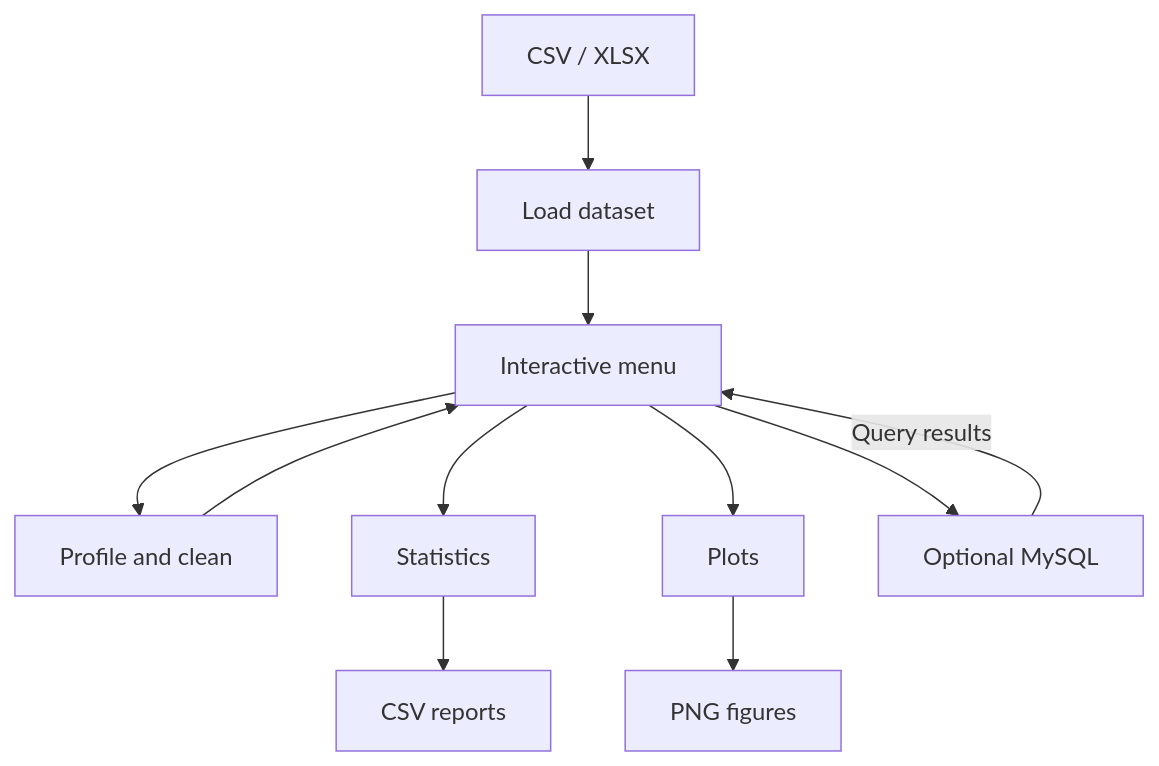
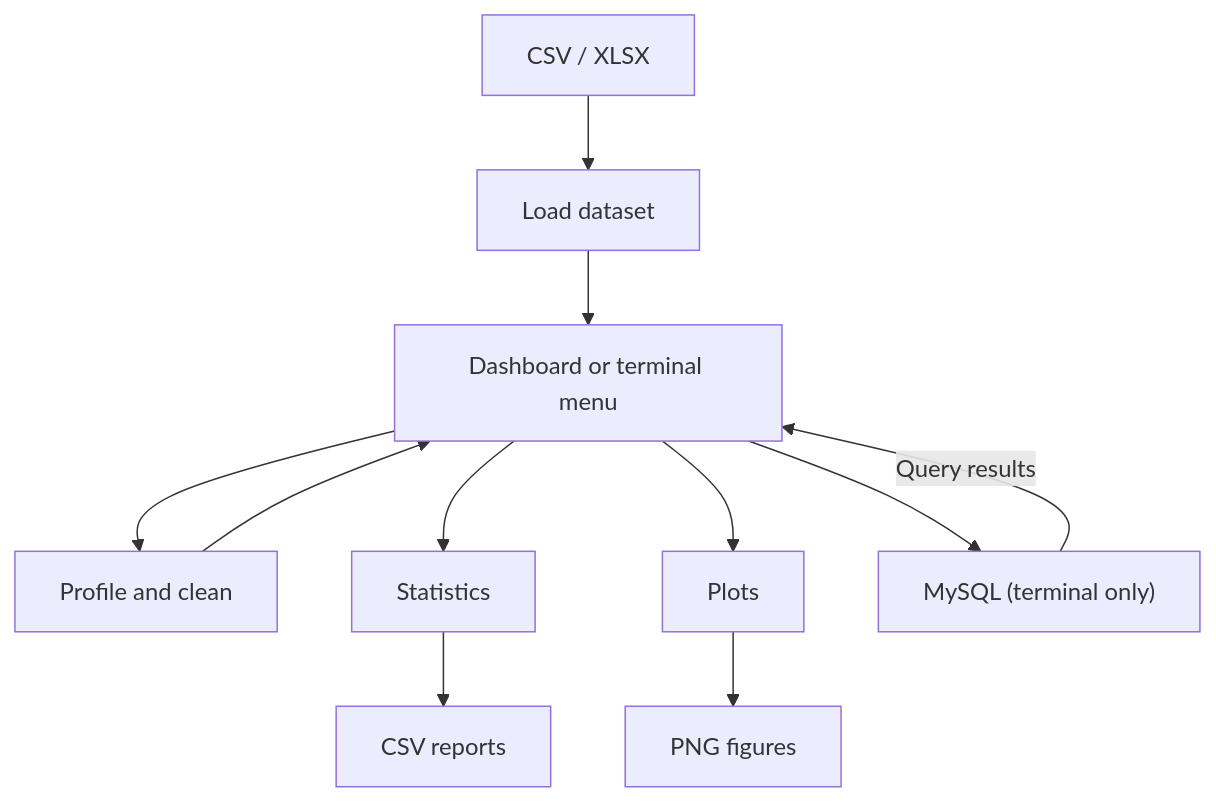
Before and after one commit to dylanf32/Datacat: the diagram in README.md, drawn with Mermaid. The commit also changed other lines of this file and 11 other files, not shown here.

````diff
--- a/README.md
+++ b/README.md
@@ -13,13 +13,13 @@
 ```mermaid
 flowchart TD
     A["CSV / XLSX"] --> B["Load dataset"]
-    B --> C["Interactive menu"]
+    B --> C["Dashboard or terminal menu"]
     C --> D["Profile and clean"]
     D --> C
     C --> E["Statistics"]
     C --> F["Plots"]
-    C --> G["Optional MySQL"]
+    C --> G["MySQL (terminal only)"]
     G -->|Query results| C
     E --> H["CSV reports"]
     F --> I["PNG figures"]
 ```
````
